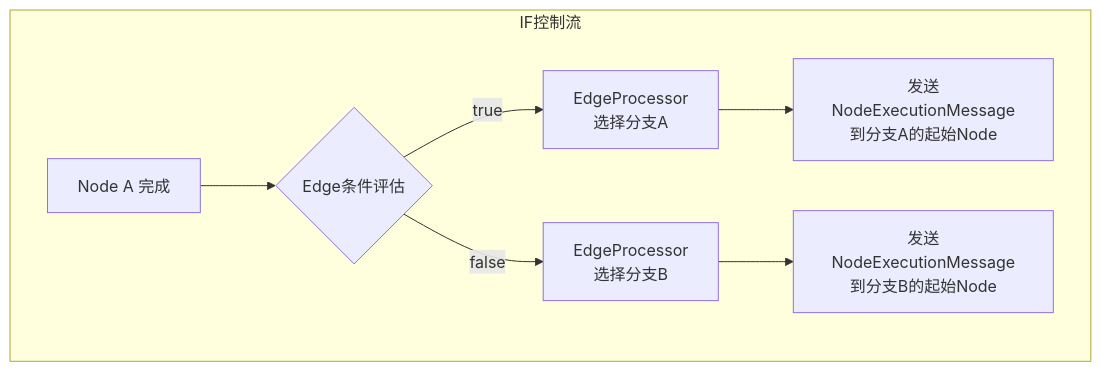
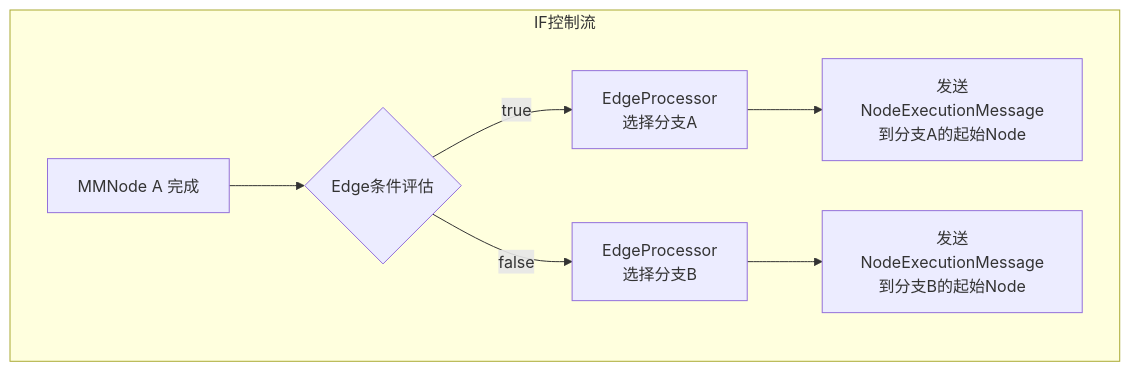
One commit to xyz11274/agentf changed the ninth of 11 diagrams in docs/scheduling.md. Above: the diagram before and after it, drawn with Mermaid. The commit also changed other lines of this file and 106 other files, not shown here.

````diff
--- a/docs/scheduling.md
+++ b/docs/scheduling.md
@@ -2143,10 +2143,10 @@
 ```mermaid
 flowchart TB
     subgraph IF控制流
-        A[Node A 完成] --> B{Edge条件评估}
+        A[MMNode A 完成] --> B{Edge条件评估}
         B -->|true| C[EdgeProcessor<br/>选择分支A]
         B -->|false| D[EdgeProcessor<br/>选择分支B]
         C --> E[发送NodeExecutionMessage<br/>到分支A的起始Node]
         D --> F[发送NodeExecutionMessage<br/>到分支B的起始Node]
     end
 ```
````
